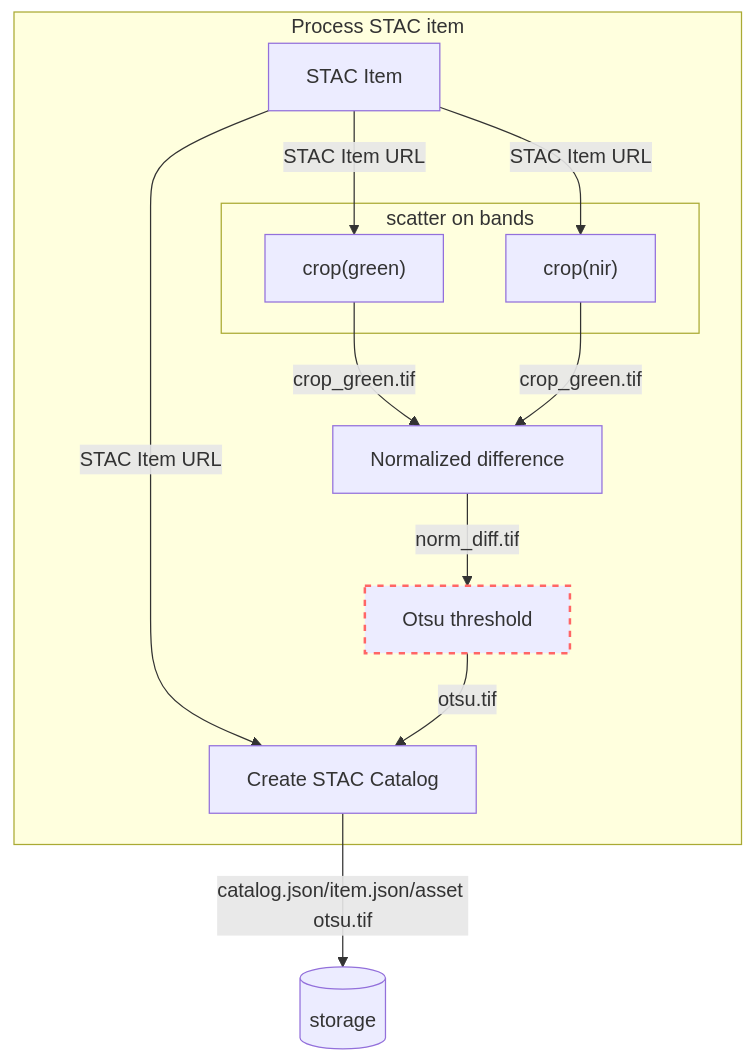
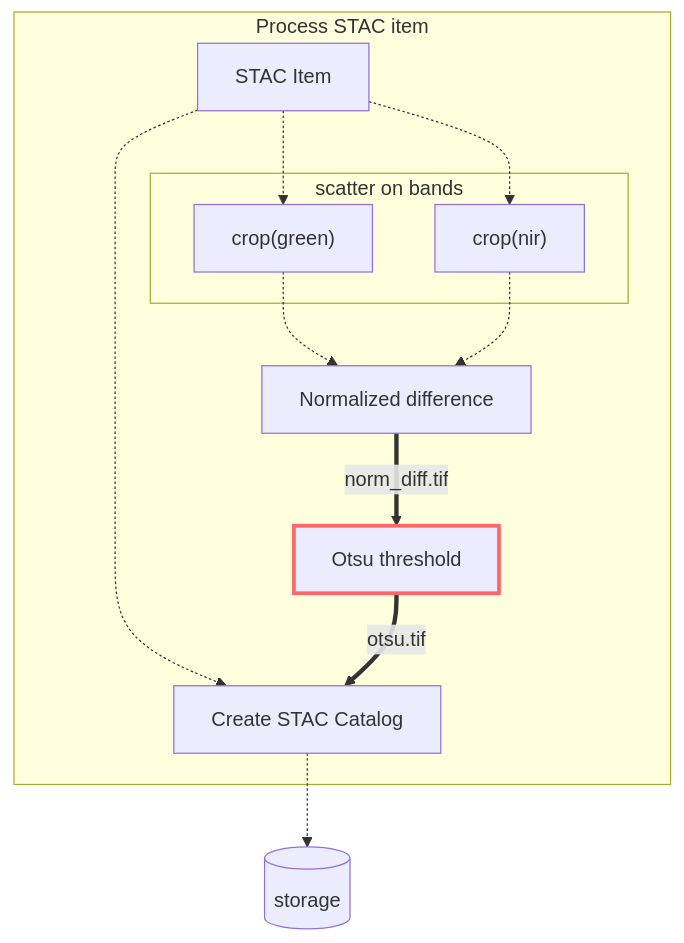
Before and after one commit to Terradue/app-package-training-bids23: the diagram in docs/app/otsu/app.md, drawn with Mermaid. The commit also changed 3 other files, not shown here.

````diff
--- a/docs/app/otsu/app.md
+++ b/docs/app/otsu/app.md
@@ -7,18 +7,18 @@
 ``` mermaid
 graph TB
-style E stroke:#f66,stroke-width:2px,stroke-dasharray: 5 5
+style E stroke:#f66,stroke-width:3px
 subgraph Process STAC item
-  A[STAC Item] -- STAC Item URL --> B
-  A[STAC Item] -- STAC Item URL --> C
-  A[STAC Item] -- STAC Item URL --> F
+  A[STAC Item] -.-> B
+  A[STAC Item] -.-> C
+  A[STAC Item] -.-> F
 subgraph scatter on bands
   B["crop(green)"];
   C["crop(nir)"];
 end
-  B["crop(green)"] -- crop_green.tif --> D[Normalized difference];
-  C["crop(nir)"] -- crop_green.tif --> D[Normalized difference];
-  D -- norm_diff.tif --> E[Otsu threshold]
+  B["crop(green)"] -.-> D[Normalized difference];
+  C["crop(nir)"] -.-> D[Normalized difference];
+  D == norm_diff.tif ==> E[Otsu threshold]
 end
-  E -- otsu.tif --> F[Create STAC Catalog]
-  F -- "catalog.json/item.json/asset otsu.tif" --> G[(storage)]
+  E == otsu.tif ==> F[Create STAC Catalog]
+  F -.-> G[(storage)]
 ```
````
